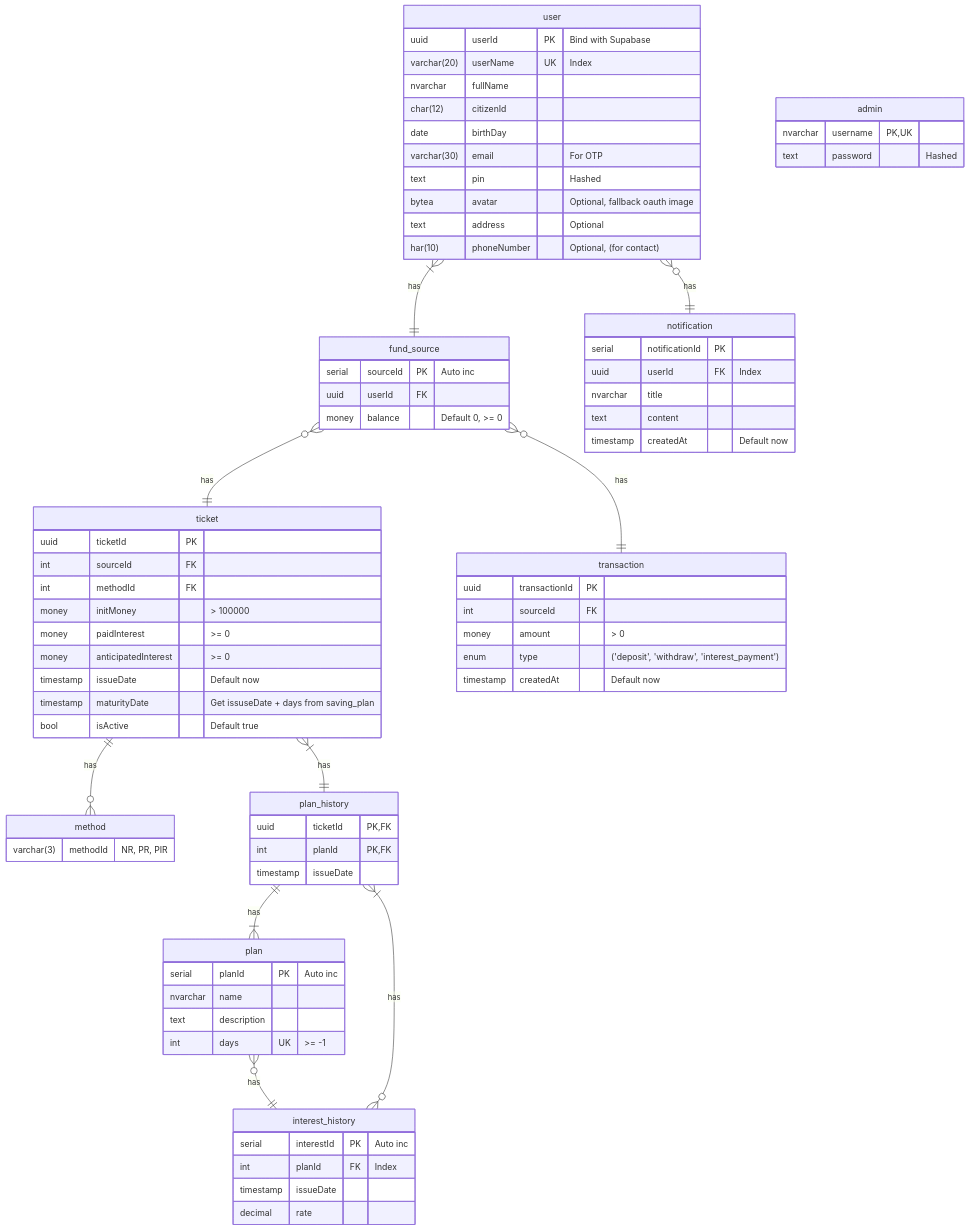
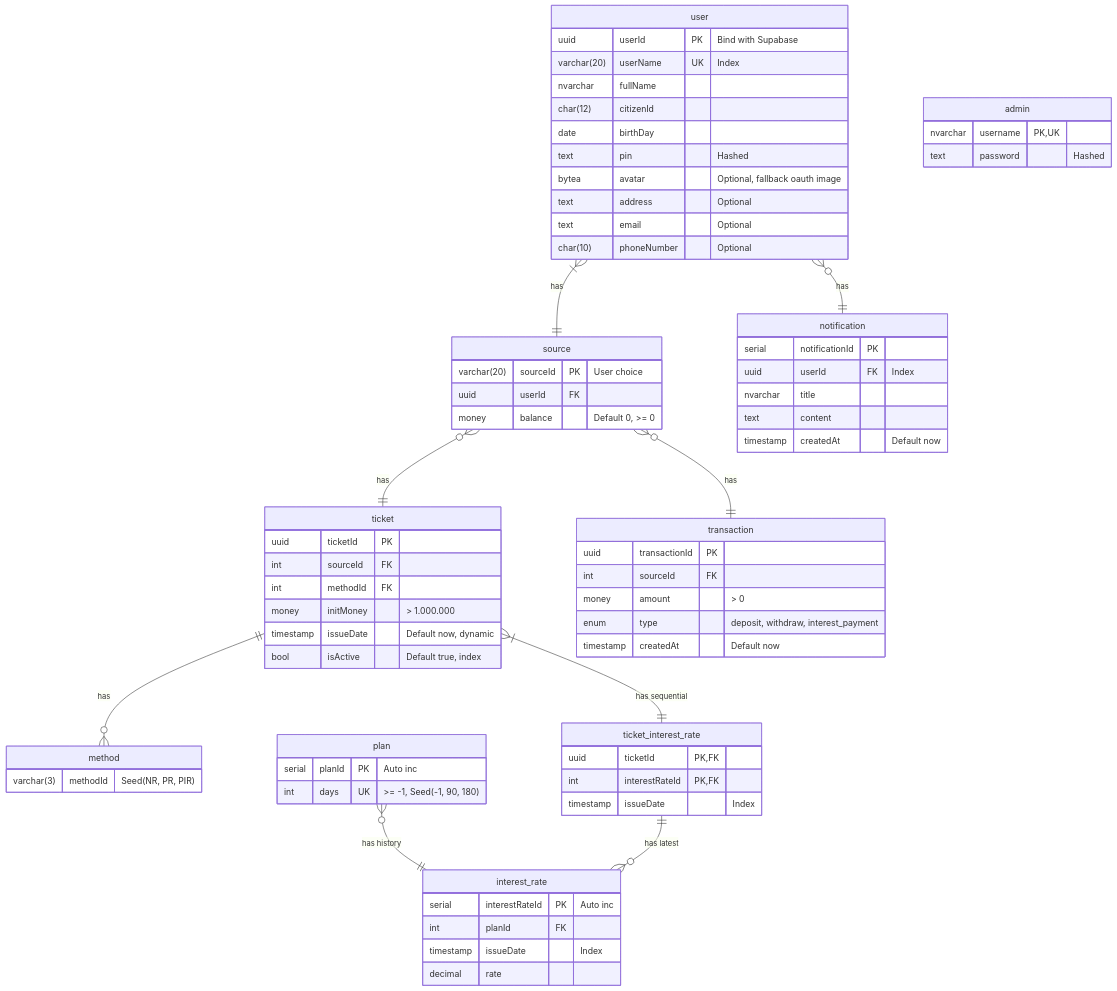
One commit to coinhub-uit/.github changed the first of 2 diagrams in profile/README.md. Above: the diagram before and after it, drawn with Mermaid. The commit also changed other lines of this file, not shown here.

Commit message:
feat(db): stuff idk ksdjlfj

````diff
--- a/profile/README.md
+++ b/profile/README.md
@@ -29,28 +24,28 @@
     nvarchar fullName
     char(12) citizenId
     date birthDay
-    varchar(30) email "For OTP"
     text pin "Hashed"
     bytea avatar "Optional, fallback oauth image"
     text address "Optional"
-    har(10) phoneNumber "Optional, (for contact)"
+    text email "Optional"
+    char(10) phoneNumber "Optional"
   }
 
-  fund_source {
-    serial sourceId PK "Auto inc"
+  source {
+    varchar(20) sourceId PK "User choice"
     uuid userId FK
     money balance "Default 0, >= 0"
   }
 
   method {
     %% Non-renewal, principal rollover, principal & interest rollover
-    varchar(3) methodId "NR, PR, PIR"
+    varchar(3) methodId "Seed(NR, PR, PIR)"
   }
 
-  interest_history {
-    serial interestId PK "Auto inc"
-    int planId FK "Index"
-    timestamp issueDate
+  interest_rate {
+    serial interestRateId PK "Auto inc"
+    int planId FK
+    timestamp issueDate "Index"
     decimal rate
   }
 
@@ -59,34 +54,30 @@
     int sourceId FK
     int methodId FK
     %% So what if I changed and there're other ... already, will be failed
-    money initMoney "> 100000"
+    money initMoney "> 1.000.000"
     %% Calculate before return to client (not in DB)?
-    money paidInterest ">= 0"
-    money anticipatedInterest ">= 0"
-    timestamp issueDate "Default now"
-    timestamp maturityDate "Get issuseDate + days from saving_plan"
-    bool isActive "Default true"
+    timestamp issueDate "Default now, dynamic"
+    bool isActive "Default true, index"
   }
 
   %% Use latest plan
-  plan_history {
+  %% The name is ambiguous
+  ticket_interest_rate {
     uuid ticketId PK,FK
-    int planId PK,FK
-    timestamp issueDate
+    int interestRateId PK,FK
+    timestamp issueDate "Index"
   }
 
   plan {
     serial planId PK "Auto inc"
-    nvarchar name
-    text description
-    int days UK ">= -1"
+    int days UK ">= -1, Seed(-1, 90, 180)"
   }
 
   transaction {
     uuid transactionId PK
     int sourceId FK
     money amount "> 0"
-    enum type "('deposit', 'withdraw', 'interest_payment')"
+    enum type "deposit, withdraw, interest_payment"
     timestamp createdAt "Default now"
   }
 
@@ -103,13 +94,12 @@
     text password "Hashed"
   }
 
-  fund_source }o--|| transaction : has
-  user }o--|| notification : has
-  user }|--|| fund_source : has
-  fund_source }o--|| ticket : has
-  ticket ||--o{ method : has
-  ticket }|--|| plan_history : has
-  plan_history ||--|{ plan : has
-  plan }o--|| interest_history : has
-  plan_history }|--}o interest_history : has
+  source }o--|| transaction : "has"
+  user }o--|| notification : "has"
+  user }|--|| source : "has"
+  source }o--|| ticket : "has"
+  ticket ||--o{ method : "has"
+  ticket }|--|| ticket_interest_rate : "has sequential"
+  plan }o--|| interest_rate : "has history"
+  ticket_interest_rate ||--}o interest_rate : "has latest"
 ```
````
